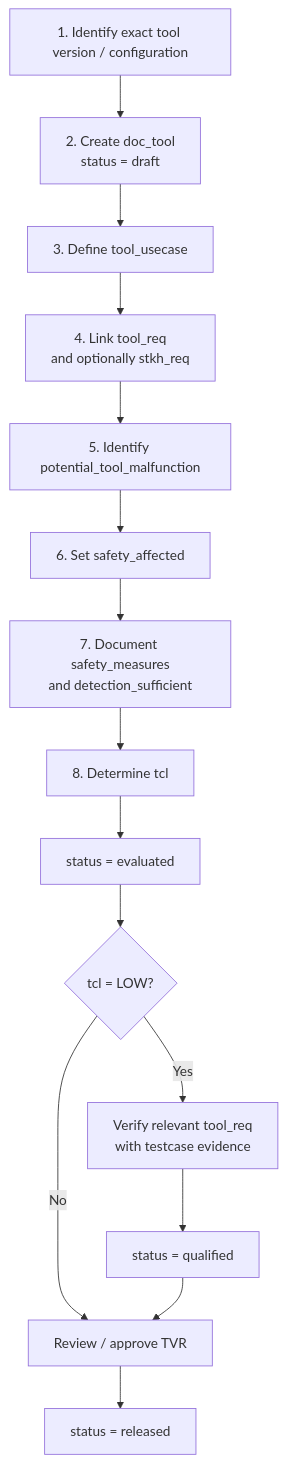
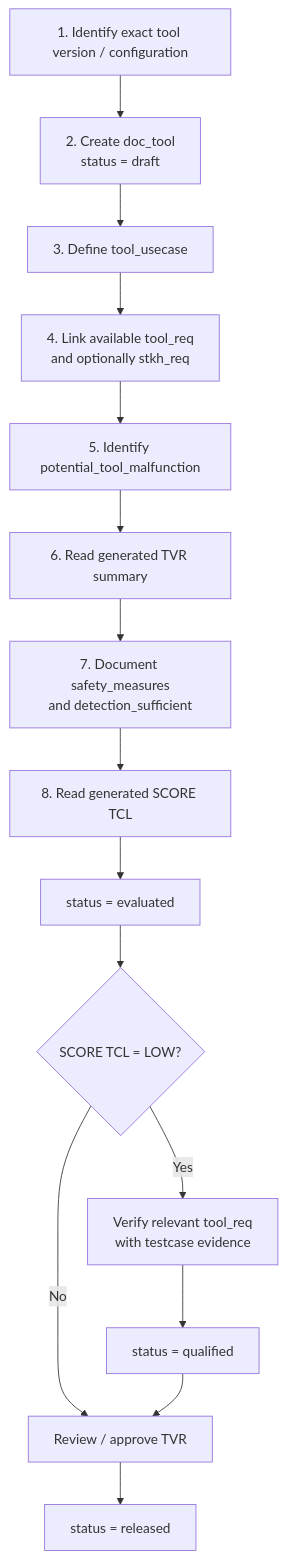
One commit to etas-contrib/score_docs-as-code changed diagram 14 of 14 in docs/how-to/perform_tool_verification.md. Above: the diagram before and after it, drawn with Mermaid. The commit also changed other lines of this file and 11 other files, not shown here.

````diff
--- a/docs/how-to/perform_tool_verification.md
+++ b/docs/how-to/perform_tool_verification.md
@@ -1153,22 +1165,22 @@
 ```{mermaid}
 flowchart TD
     A["1. Identify exact tool version / configuration"]
     B["2. Create doc_tool<br/>status = draft"]
     C["3. Define tool_usecase"]
-    D["4. Link tool_req<br/>and optionally stkh_req"]
+    D["4. Link available tool_req<br/>and optionally stkh_req"]
     E["5. Identify potential_tool_malfunction"]
-    F["6. Set safety_affected"]
+    F["6. Read generated TVR summary"]
     G["7. Document safety_measures<br/>and detection_sufficient"]
-    H["8. Determine tcl"]
+    H["8. Read generated SCORE TCL"]
     I["status = evaluated"]
-    J{"tcl = LOW?"}
+    J{"SCORE TCL = LOW?"}
     K["Verify relevant tool_req<br/>with testcase evidence"]
     L["status = qualified"]
     M["Review / approve TVR"]
     N["status = released"]
 
     A --> B --> C --> D --> E --> F --> G --> H --> I --> J
     J -->|"No"| M
     J -->|"Yes"| K --> L --> M
     M --> N
 ```
````
